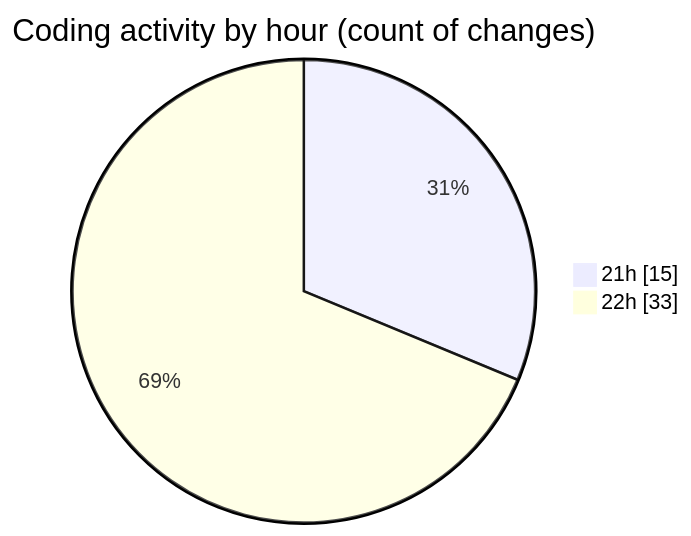
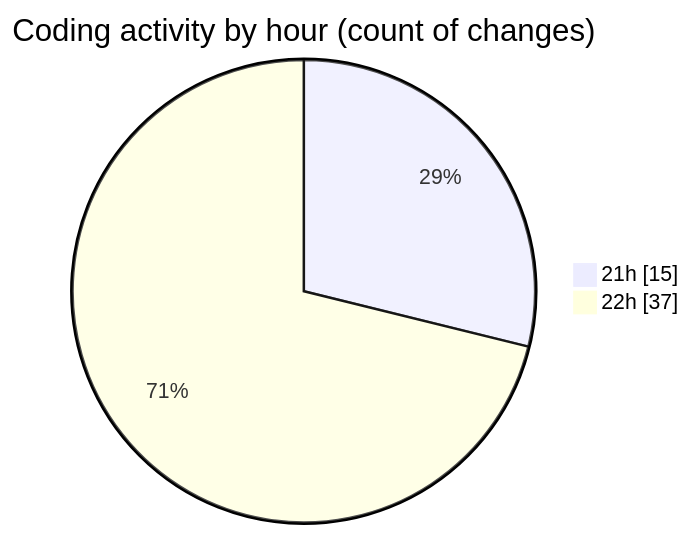
One commit to Ritupan-Deka/code-tracking changed the second of 2 diagrams in 2025-08-15/javascript/README.md. Above: the diagram before and after it, drawn with Mermaid. The commit also changed other lines of this file and 1 other file, not shown here.

````diff
--- a/2025-08-15/javascript/README.md
+++ b/2025-08-15/javascript/README.md
@@ -33,6 +33,6 @@
 ```mermaid
 pie showData
 title Coding activity by hour (count of changes)
 "21h" : 15
-"22h" : 33
+"22h" : 37
 ```
````
